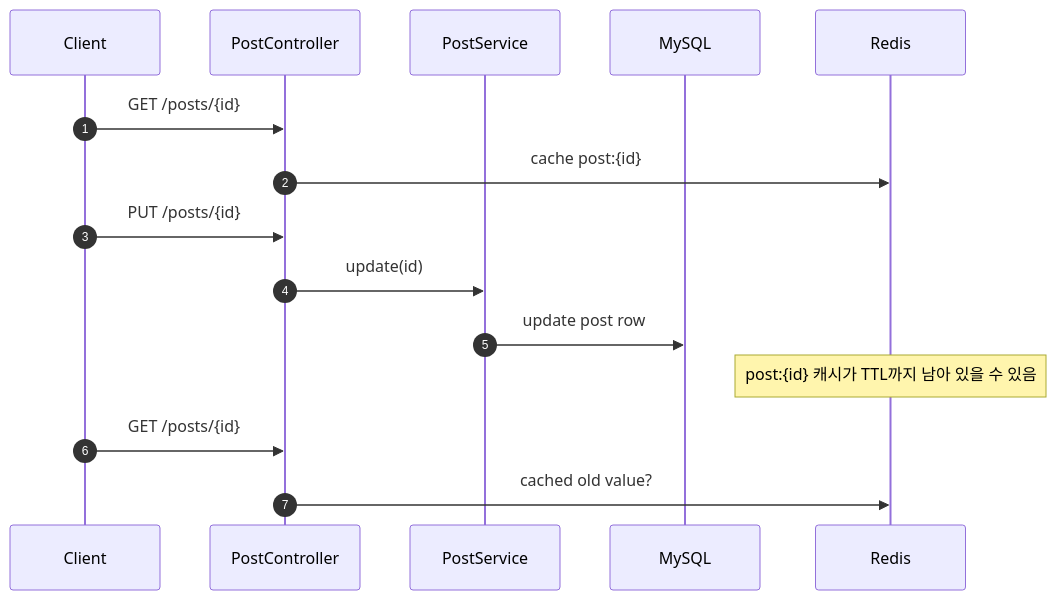
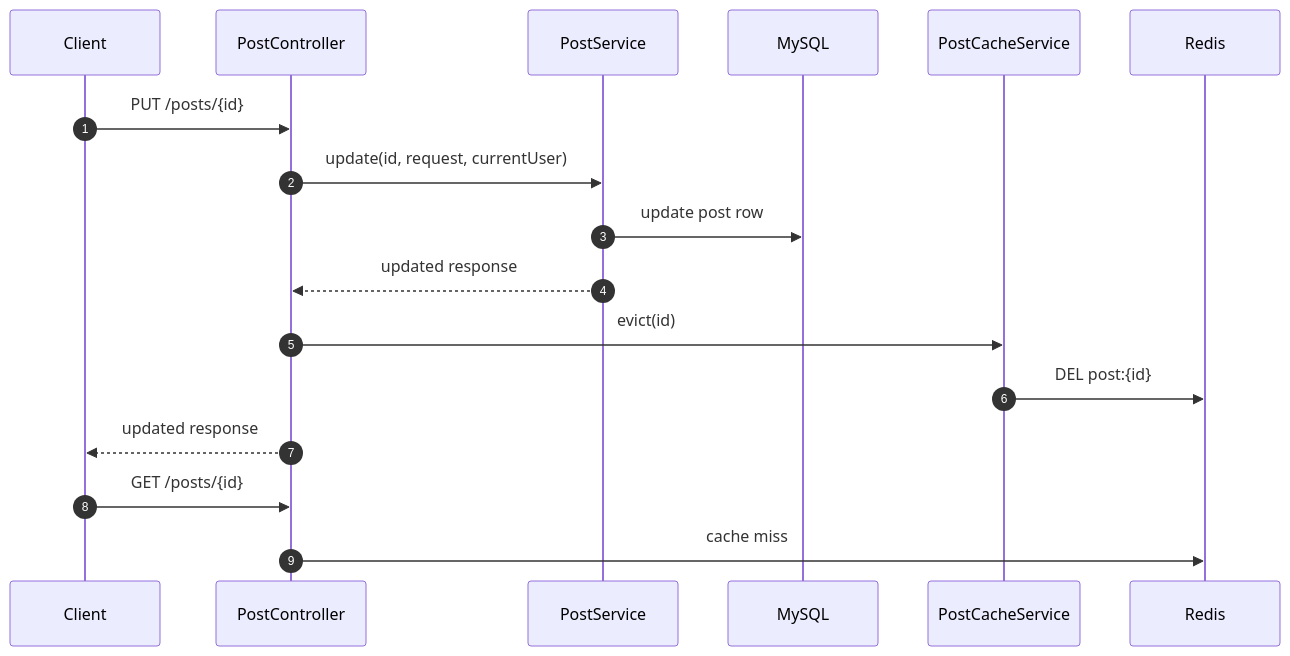
The second of 3 diagrams in docs/theory.md (stdiodh/spring-boot-redis-cache-lab), drawn with Mermaid before and after one commit. The commit also changed other lines of this file and 4 other files, not shown here.

Commit message:
docs(seq-07): consolidate sequence guides

````diff
--- a/docs/theory.md
+++ b/docs/theory.md
@@ -73,18 +73,20 @@
 ```mermaid
 sequenceDiagram
     autonumber
     participant Client as Client
     participant Controller as PostController
     participant Service as PostService
     participant DB as MySQL
+    participant Cache as PostCacheService
     participant Redis as Redis
 
+    Client->>Controller: PUT /posts/{id}
+    Controller->>Service: update(id, request, currentUser)
+    Service->>DB: update post row
+    Service-->>Controller: updated response
+    Controller->>Cache: evict(id)
+    Cache->>Redis: DEL post:{id}
+    Controller-->>Client: updated response
     Client->>Controller: GET /posts/{id}
-    Controller->>Redis: cache post:{id}
-    Client->>Controller: PUT /posts/{id}
-    Controller->>Service: update(id)
-    Service->>DB: update post row
-    Note over Redis: post:{id} 캐시가 TTL까지 남아 있을 수 있음
-    Client->>Controller: GET /posts/{id}
-    Controller->>Redis: cached old value?
+    Controller->>Redis: cache miss
 ```
````
